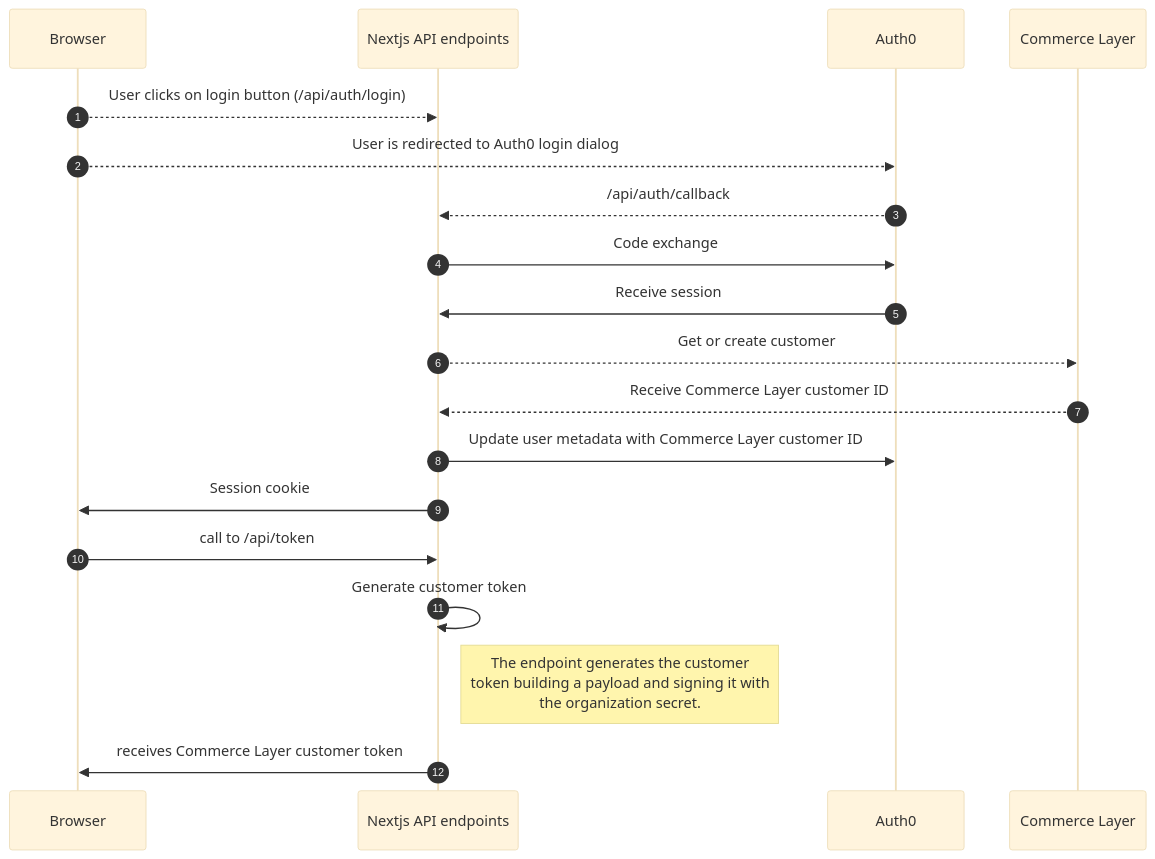
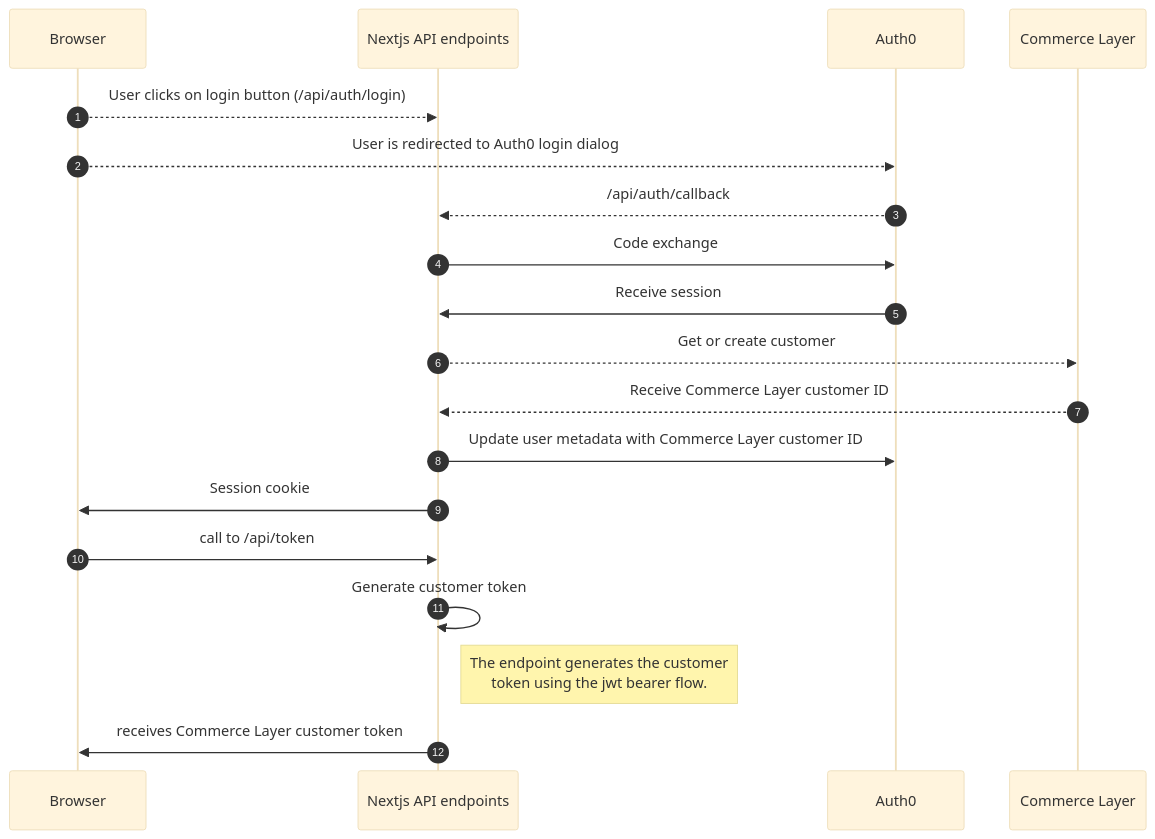
One commit to commercelayer/examples changed the diagram in authentication/nextjs-auth0-sso/README.md. Above: the diagram before and after it, drawn with Mermaid (base theme). The commit also changed other lines of this file, not shown here.

````diff
--- a/authentication/nextjs-auth0-sso/README.md
+++ b/authentication/nextjs-auth0-sso/README.md
@@ -18,17 +18,17 @@
 ```mermaid
 sequenceDiagram
     autonumber
     Browser-->>Nextjs API endpoints: User clicks on login button (/api/auth/login)
     Browser-->>Auth0: User is redirected to Auth0 login dialog
     Auth0-->>Nextjs API endpoints: /api/auth/callback
     Nextjs API endpoints->>Auth0: Code exchange
     Auth0->>Nextjs API endpoints: Receive session
     Nextjs API endpoints-->>Commerce Layer: Get or create customer
     Commerce Layer-->>Nextjs API endpoints: Receive Commerce Layer customer ID
     Nextjs API endpoints->>Auth0: Update user metadata with Commerce Layer customer ID
     Nextjs API endpoints->>Browser: Session cookie
     Browser->>Nextjs API endpoints: call to /api/token
     Nextjs API endpoints->>Nextjs API endpoints: Generate customer token
-    Note right of Nextjs API endpoints: The endpoint generates the customer <br>token building a payload and signing it with<br>the organization secret.
+    Note right of Nextjs API endpoints: The endpoint generates the customer <br>token using the jwt bearer flow.
     Nextjs API endpoints->>Browser: receives Commerce Layer customer token
 ```
````
